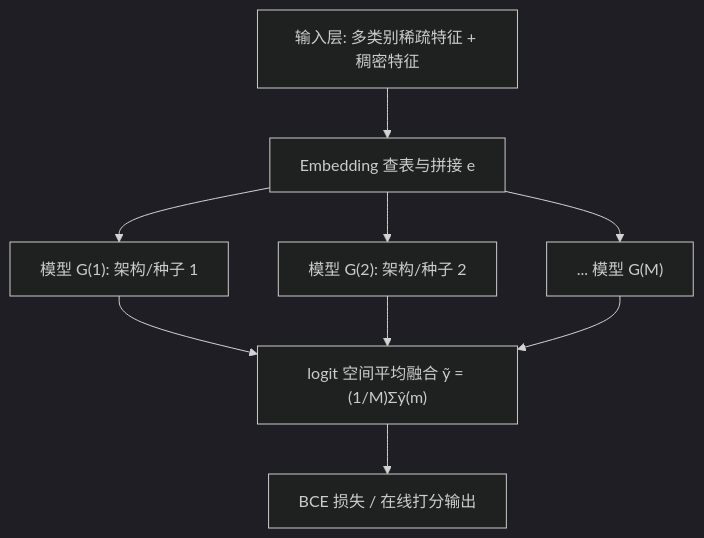
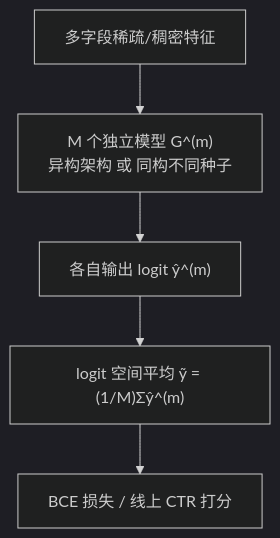
The diagram in docs/venues/SIGIR/2026/ctr_feature_interaction/exploring_test_time_scaling_via_prediction_merging_on_large_scale_recommend.md (jbdcia321vw/Paper-Notes), drawn with Mermaid (dark theme) before and after one commit. The commit also changed other lines of this file and 1119 other files, not shown here.

````diff
--- a/docs/venues/SIGIR/2026/ctr_feature_interaction/exploring_test_time_scaling_via_prediction_merging_on_large_scale_recommend.md
+++ b/docs/venues/SIGIR/2026/ctr_feature_interaction/exploring_test_time_scaling_via_prediction_merging_on_large_scale_recommend.md
@@ -64,11 +46,7 @@
 ```mermaid
 flowchart TD
-    A["输入层: 多类别稀疏特征 + 稠密特征"] --> B["Embedding 查表与拼接 e"]
-    B --> C1["模型 G(1): 架构/种子 1"]
-    B --> C2["模型 G(2): 架构/种子 2"]
-    B --> C3["... 模型 G(M)"]
-    C1 --> D["logit 空间平均融合 ỹ = (1/M)Σŷ(m)"]
-    C2 --> D
-    C3 --> D
-    D --> E["BCE 损失 / 在线打分输出"]
+    A["多字段稀疏/稠密特征"] --> B["M 个独立模型 G^(m)<br/>异构架构 或 同构不同种子"]
+    B --> C["各自输出 logit ŷ^(m)"]
+    C --> D["logit 空间平均 ỹ = (1/M)Σŷ^(m)"]
+    D --> E["BCE 损失 / 线上 CTR 打分"]
 ```
````
